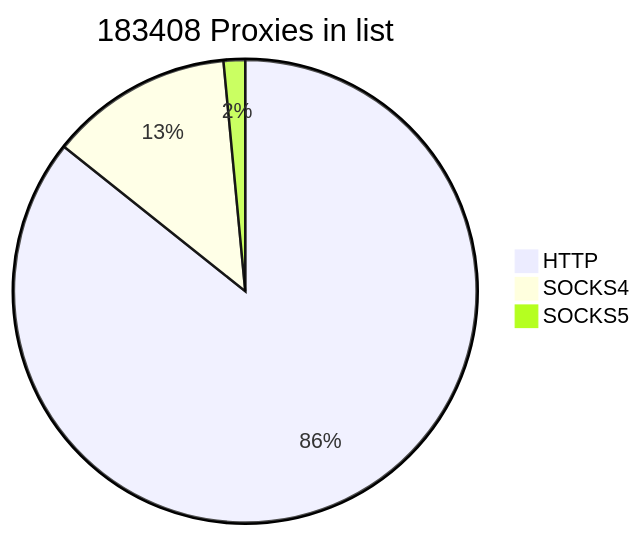
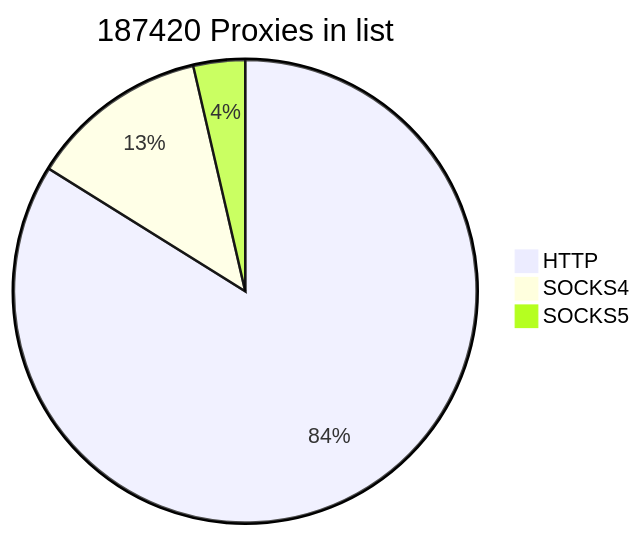
The first of 2 diagrams in README.md (cutipu/proxylist), drawn with Mermaid before and after one commit. The commit also changed other lines of this file, not shown here.

````diff
--- a/README.md
+++ b/README.md
@@ -2,7 +2,7 @@
 ```mermaid
-pie title 183408 Proxies in list
-    "HTTP" : 157205
+pie title 187420 Proxies in list
+    "HTTP" : 157206
     "SOCKS4" : 23446
-    "SOCKS5" : 2757
+    "SOCKS5" : 6768
             
 ```
````
